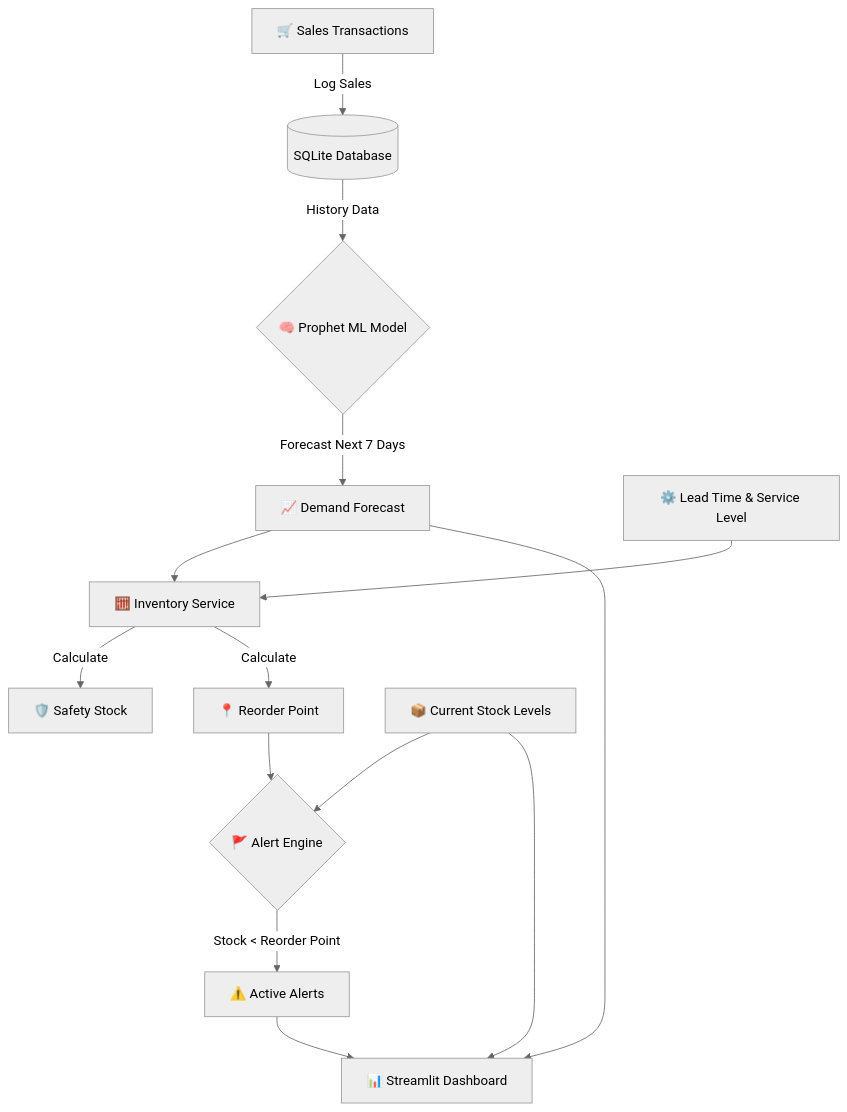
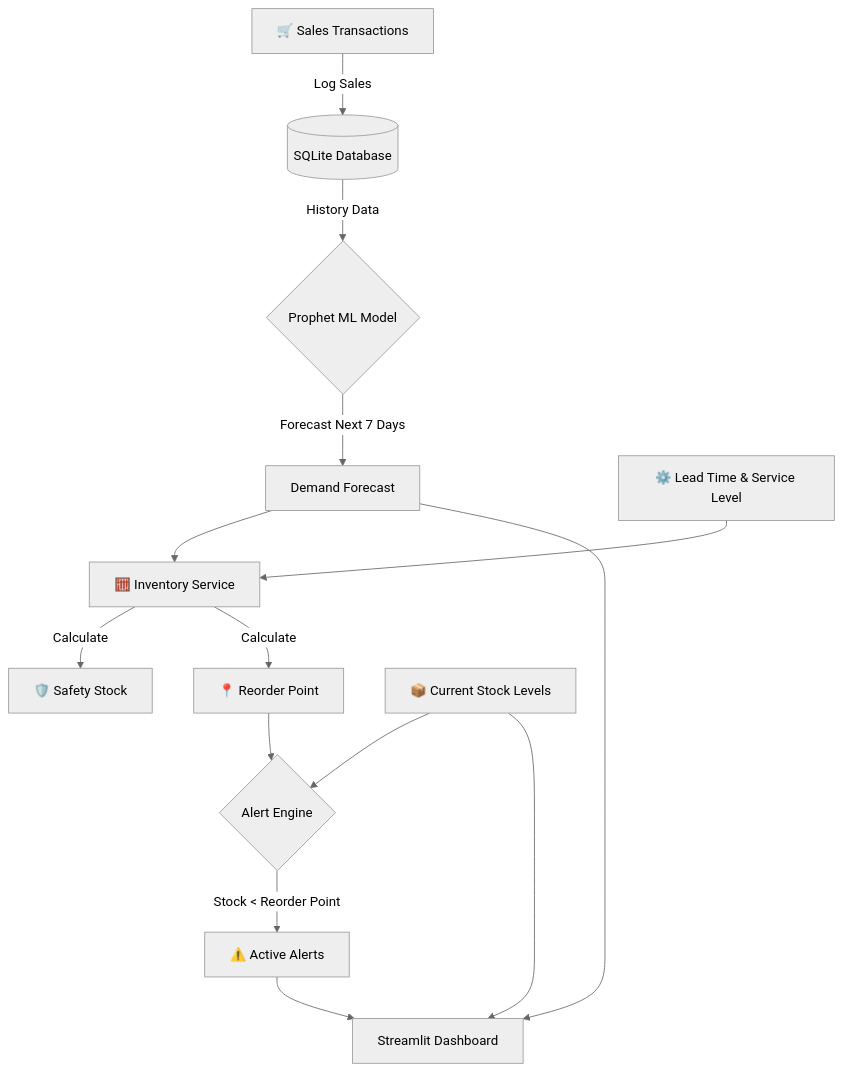
One commit to Prahants/fordemand changed the diagram in README.md. Above: the diagram before and after it, drawn with Mermaid (neutral theme). The commit also changed other lines of this file, not shown here.

````diff
--- a/README.md
+++ b/README.md
@@ -26,21 +26,21 @@
 ```mermaid
 graph TD
     A[🛒 Sales Transactions] -->|Log Sales| B[(SQLite Database)]
-    B -->|History Data| C{🧠 Prophet ML Model}
-    C -->|Forecast Next 7 Days| D[📈 Demand Forecast]
+    B -->|History Data| C{ Prophet ML Model}
+    C -->|Forecast Next 7 Days| D[Demand Forecast]
     
     D --> E[🧮 Inventory Service]
     F[⚙️ Lead Time & Service Level] --> E
     
     E -->|Calculate| G[🛡️ Safety Stock]
     E -->|Calculate| H[📍 Reorder Point]
     
-    I[📦 Current Stock Levels] --> J{🚩 Alert Engine}
+    I[📦 Current Stock Levels] --> J{ Alert Engine}
     H --> J
     
     J -->|Stock < Reorder Point| K[⚠️ Active Alerts]
     
-    K --> L[📊 Streamlit Dashboard]
+    K --> L[Streamlit Dashboard]
     D --> L
     I --> L
 ```
````
